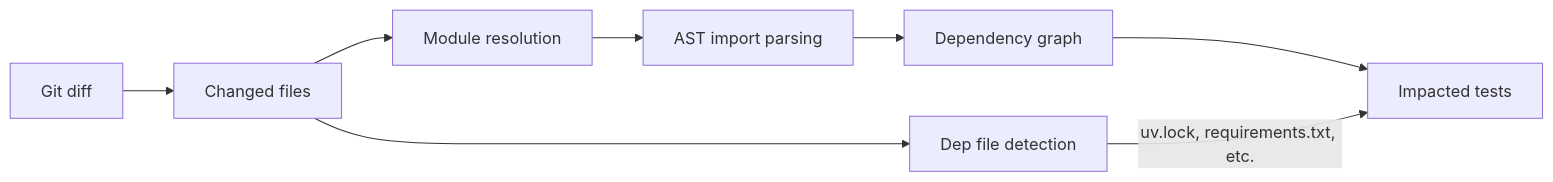
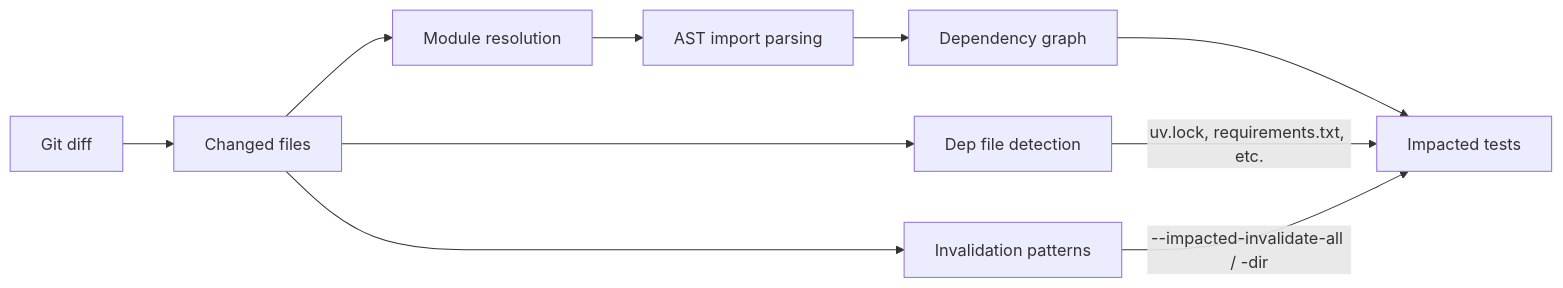
Before and after one commit to promptromp/pytest-impacted: the diagram in docs/usage.md, drawn with Mermaid. The commit also changed other lines of this file and 14 other files, not shown here.

First line of the commit message:
feat: user-defined invalidation patterns for non-Python files (#66)

````diff
--- a/docs/usage.md
+++ b/docs/usage.md
@@ -236,10 +281,12 @@
 ```mermaid
 graph LR
     A[Git diff] --> B[Changed files]
     B --> C[Module resolution]
     C --> D[AST import parsing]
     D --> E[Dependency graph]
     E --> G[Impacted tests]
     B --> F[Dep file detection]
     F -->|uv.lock, requirements.txt, etc.| G
+    B --> H[Invalidation patterns]
+    H -->|--impacted-invalidate-all / -dir| G
 ```
````
